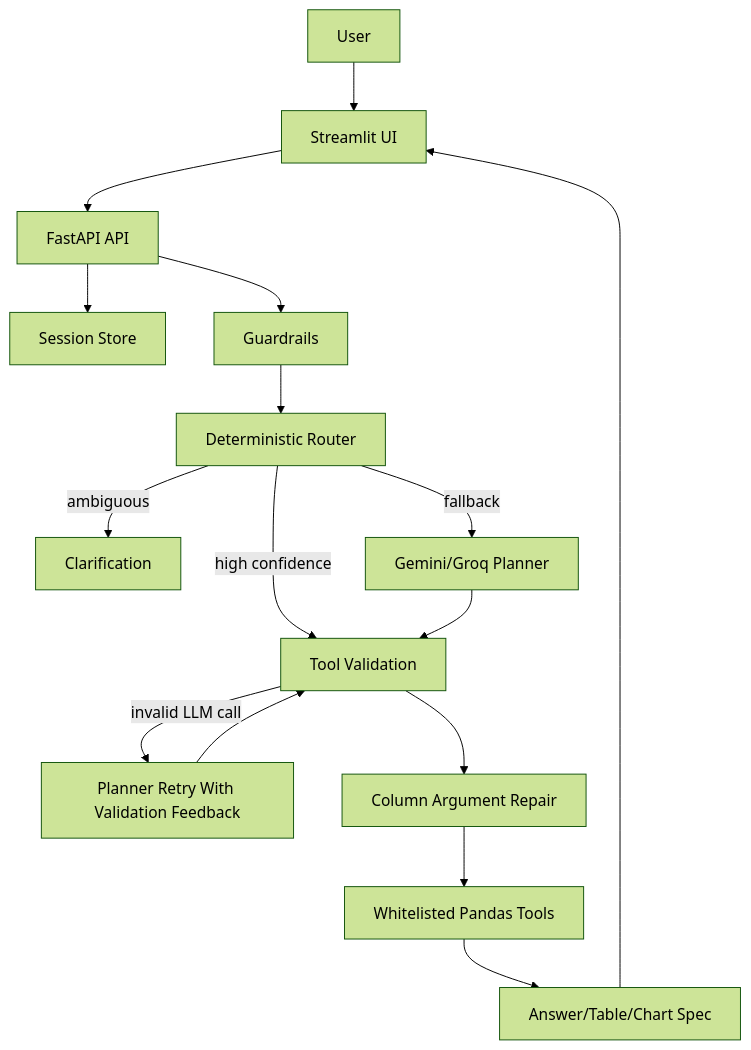
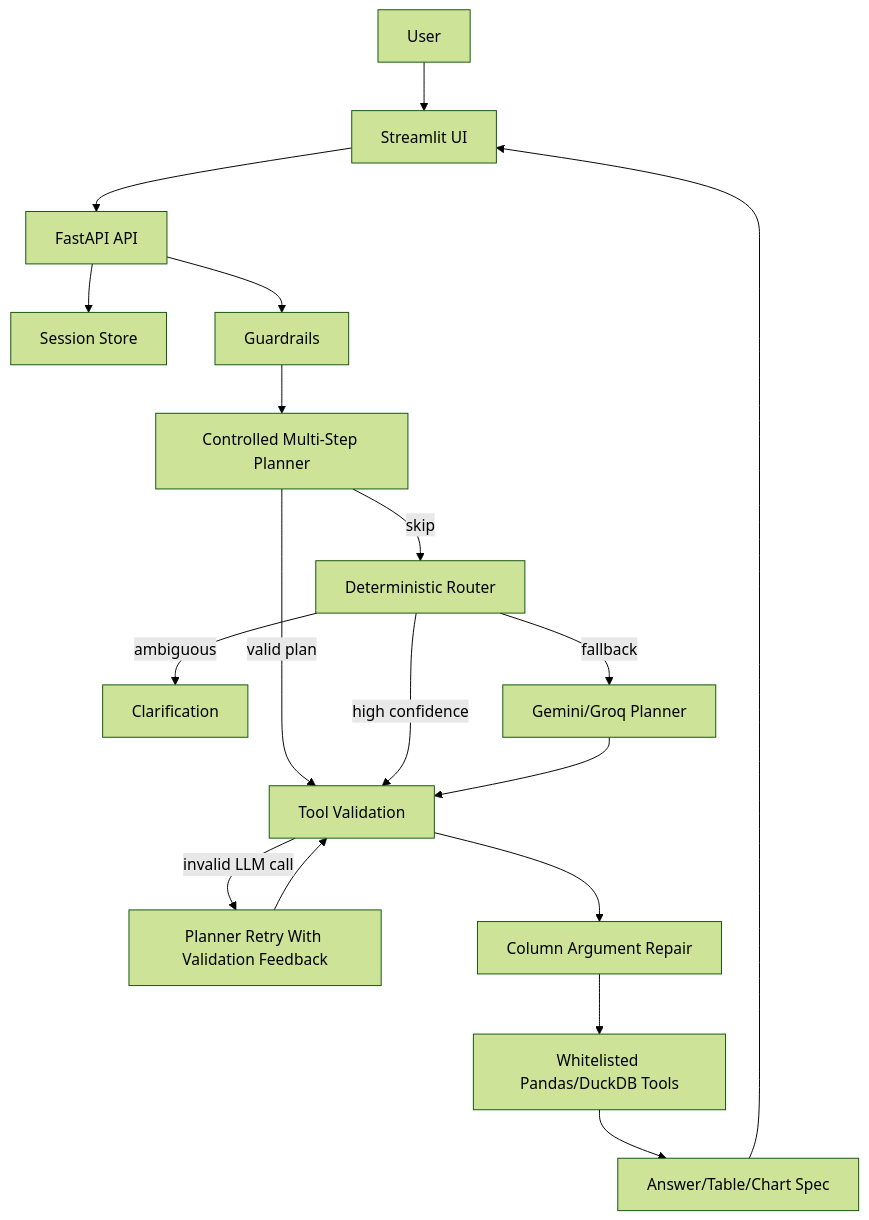
Before and after one commit to AnhPhiNe/ai-data-analyst-agent: the diagram in README.md, drawn with Mermaid (forest theme). The commit also changed other lines of this file and 22 other files, not shown here.

Commit message:
feat(agent): implement multi-step reasoning, duckdb integration, and production hardening

````diff
--- a/README.md
+++ b/README.md
@@ -27,18 +27,20 @@
 ```mermaid
 flowchart TD
     U[User] --> FE[Streamlit UI]
     FE --> API[FastAPI API]
     API --> S[Session Store]
     API --> G[Guardrails]
-    G --> R[Deterministic Router]
-    R -->|high confidence| V[Tool Validation]
+    G --> MS[Controlled Multi-Step Planner]
+    MS -->|valid plan| V[Tool Validation]
+    MS -->|skip| R[Deterministic Router]
+    R -->|high confidence| V
     R -->|ambiguous| C[Clarification]
     R -->|fallback| L[Gemini/Groq Planner]
     L --> V
     V -->|invalid LLM call| PR[Planner Retry With Validation Feedback]
     PR --> V
     V --> CR[Column Argument Repair]
-    CR --> T[Whitelisted Pandas Tools]
+    CR --> T[Whitelisted Pandas/DuckDB Tools]
     T --> A[Answer/Table/Chart Spec]
     A --> FE
 ```
````
